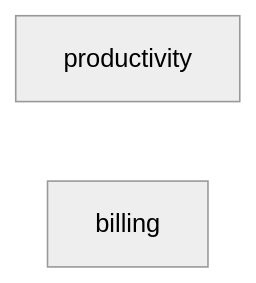
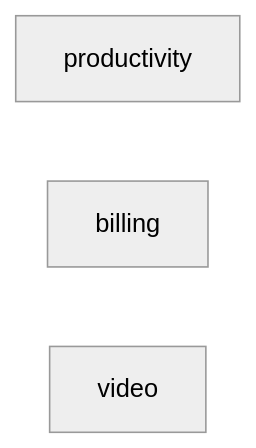
One commit to DevchannyP/MY-MODULE changed the diagram in docs/reference/generated/domain-dependency-graph.md. Above: the diagram before and after it, drawn with Mermaid (neutral theme). The commit also changed 20 other files, not shown here.

````diff
--- a/docs/reference/generated/domain-dependency-graph.md
+++ b/docs/reference/generated/domain-dependency-graph.md
@@ -4,5 +4,6 @@
 ```mermaid
 graph LR
   productivity[productivity]
   billing[billing]
+  video[video]
 ```
````
